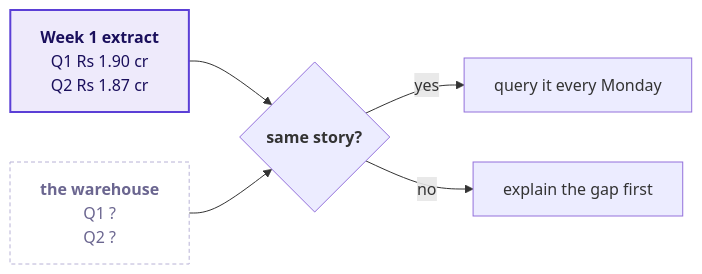
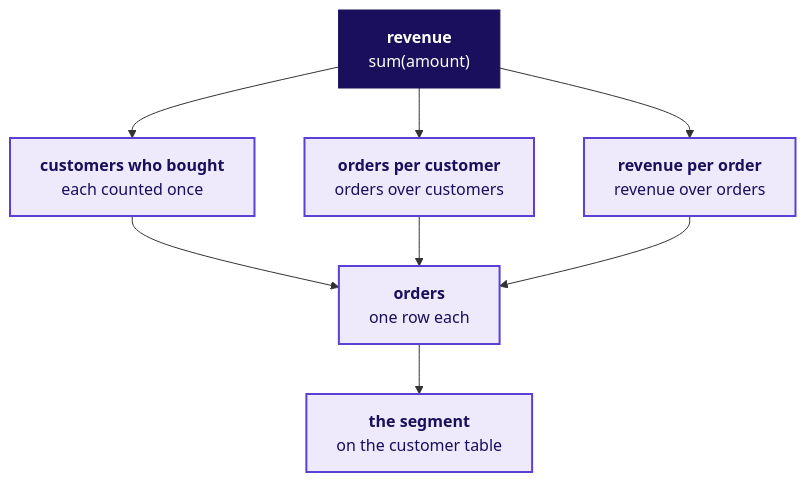
The third of 22 diagrams in content/W02/D1/slides/C2_W02_D01_half1_STUDENT.md (fde-academy-lab/c2-content-factory), drawn with Mermaid before and after one commit. The commit also changed other lines of this file and 3 other files, not shown here.

````diff
--- a/content/W02/D1/slides/C2_W02_D01_half1_STUDENT.md
+++ b/content/W02/D1/slides/C2_W02_D01_half1_STUDENT.md
@@ -189,11 +162,14 @@
 ```mermaid
-flowchart LR
-    W1["<b>Week 1 extract</b><br/>Q1 Rs 1.90 cr<br/>Q2 Rs 1.87 cr"] --> C{"<b>same story?</b>"}
-    WH["<b>the warehouse</b><br/>Q1 ?<br/>Q2 ?"] --> C
-    C -->|"yes"| Y["query it every Monday"]
-    C -->|"no"| N["explain the gap first"]
+flowchart TB
+    R["<b>revenue</b><br/>sum(amount)"] --> C["<b>customers who bought</b><br/>each counted once"]
+    R --> F["<b>orders per customer</b><br/>orders over customers"]
+    R --> V["<b>revenue per order</b><br/>revenue over orders"]
+    C --> O["<b>orders</b><br/>one row each"]
+    F --> O
+    V --> O
+    O --> SEG["<b>the segment</b><br/>on the customer table"]
     classDef known fill:#EEEAFB,stroke:#5B3FD6,color:#1A0F5C,stroke-width:2px
-    classDef unknown fill:#FFFFFF,stroke:#B8B2D6,color:#6B6690,stroke-dasharray:4 3
-    class W1 known
-    class WH unknown
+    classDef bet fill:#1A0F5C,stroke:#1A0F5C,color:#FFFFFF
+    class C,F,V,O,SEG known
+    class R bet
 ```
````
